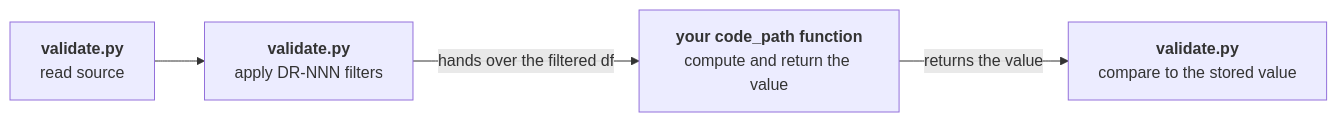
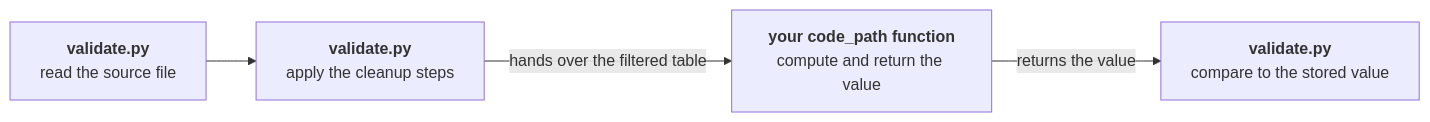
One commit to stephs-repos/analysis-kit changed the second of 6 diagrams in docs/CONCEPTS.md. Above: the diagram before and after it, drawn with Mermaid. The commit also changed other lines of this file, not shown here.

````diff
--- a/docs/CONCEPTS.md
+++ b/docs/CONCEPTS.md
@@ -120,6 +128,6 @@
 ```mermaid
 flowchart LR
-  A["<b>validate.py</b><br/>read source"] --> B["<b>validate.py</b><br/>apply DR-NNN filters"]
-  B -->|hands over the filtered df| F["<b>your code_path function</b><br/>compute and return the value"]
+  A["<b>validate.py</b><br/>read the source file"] --> B["<b>validate.py</b><br/>apply the cleanup steps"]
+  B -->|hands over the filtered table| F["<b>your code_path function</b><br/>compute and return the value"]
   F -->|returns the value| C["<b>validate.py</b><br/>compare to the stored value"]
 ```
````
